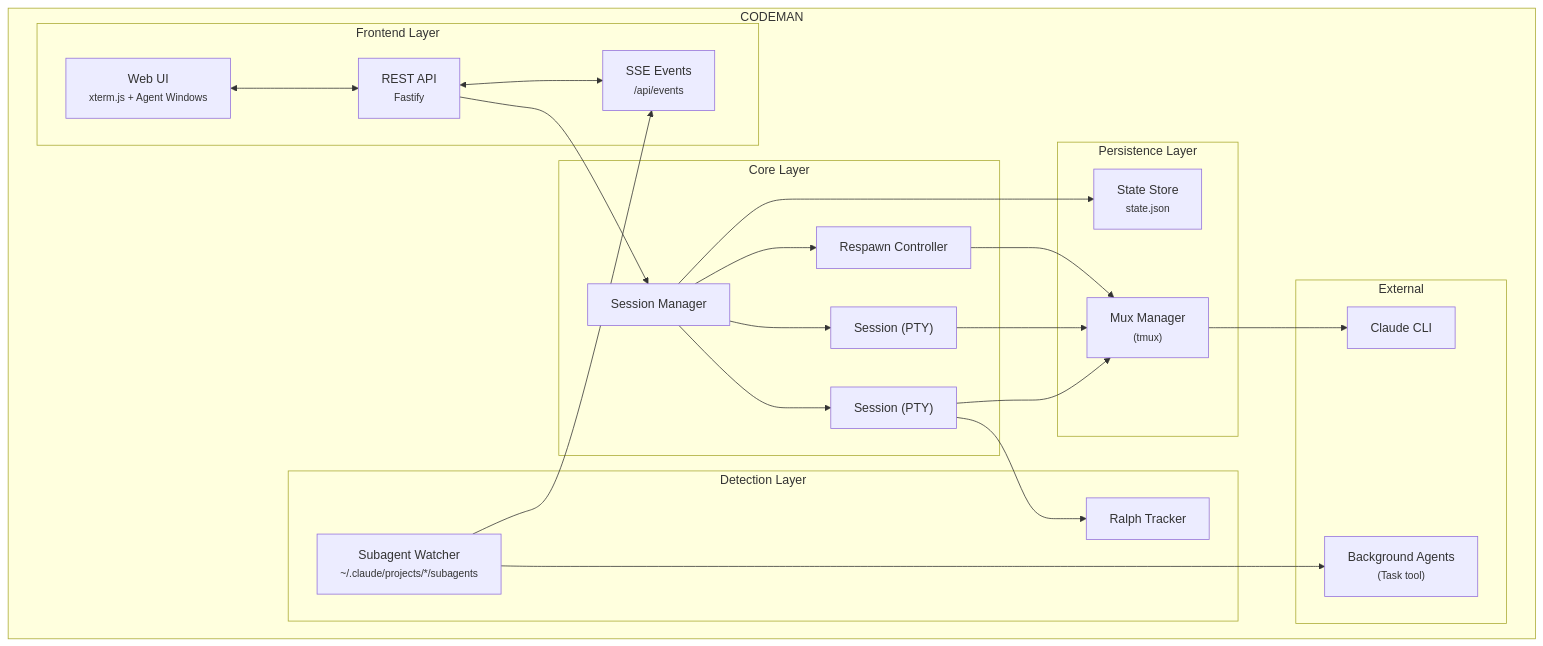
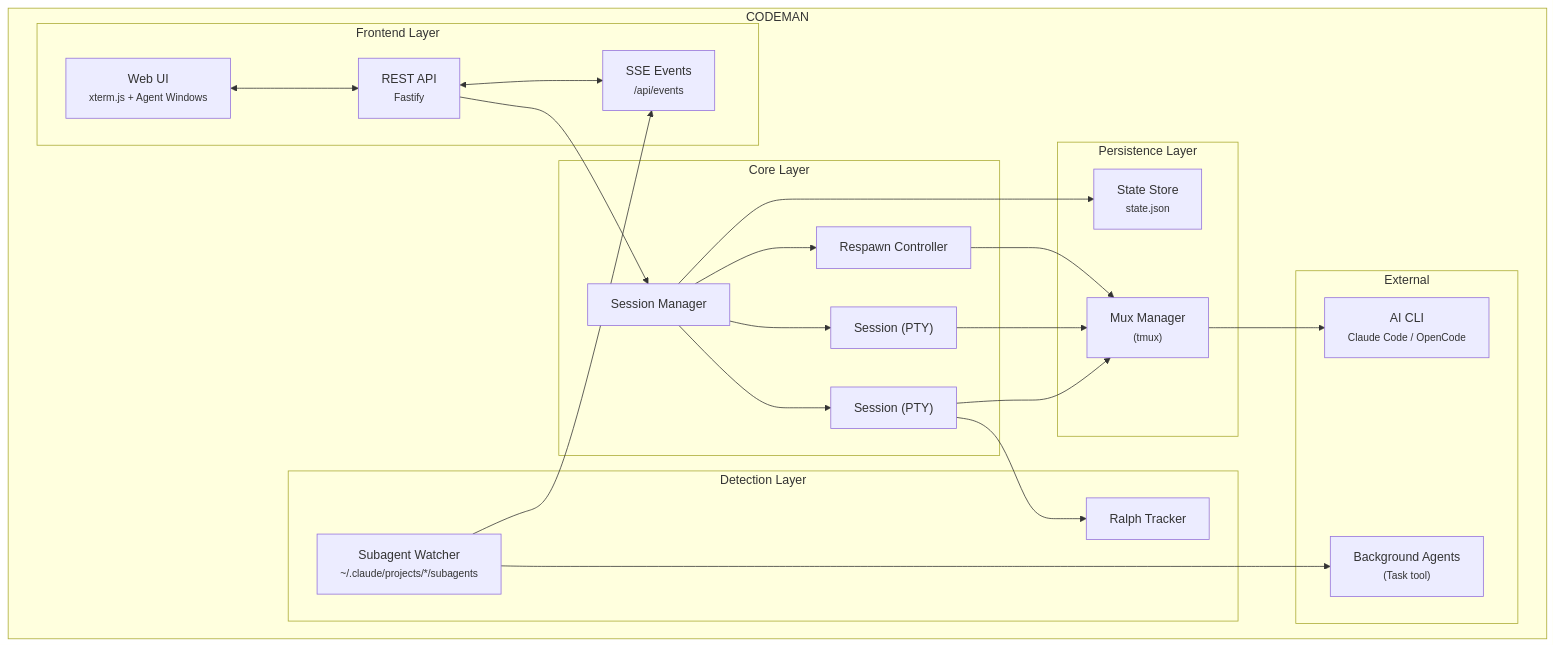
The diagram in README.md (SGudbrandsson/Codeman), drawn with Mermaid before and after one commit. The commit also changed other lines of this file and 2 other files, not shown here.

````diff
--- a/README.md
+++ b/README.md
@@ -269,47 +269,47 @@
 ```mermaid
 flowchart TB
     subgraph Codeman["CODEMAN"]
         subgraph Frontend["Frontend Layer"]
             UI["Web UI<br/><small>xterm.js + Agent Windows</small>"]
             API["REST API<br/><small>Fastify</small>"]
             SSE["SSE Events<br/><small>/api/events</small>"]
         end
 
         subgraph Core["Core Layer"]
             SM["Session Manager"]
             S1["Session (PTY)"]
             S2["Session (PTY)"]
             RC["Respawn Controller"]
         end
 
         subgraph Detection["Detection Layer"]
             RT["Ralph Tracker"]
             SW["Subagent Watcher<br/><small>~/.claude/projects/*/subagents</small>"]
         end
 
         subgraph Persistence["Persistence Layer"]
             SCR["Mux Manager<br/><small>(tmux)</small>"]
             SS["State Store<br/><small>state.json</small>"]
         end
 
         subgraph External["External"]
-            CLI["Claude CLI"]
+            CLI["AI CLI<br/><small>Claude Code / OpenCode</small>"]
             BG["Background Agents<br/><small>(Task tool)</small>"]
         end
     end
 
     UI <--> API
     API <--> SSE
     API --> SM
     SM --> S1
     SM --> S2
     SM --> RC
     SM --> SS
     S1 --> RT
     S1 --> SCR
     S2 --> SCR
     RC --> SCR
     SCR --> CLI
     SW --> BG
     SW --> SSE
 ```
````
